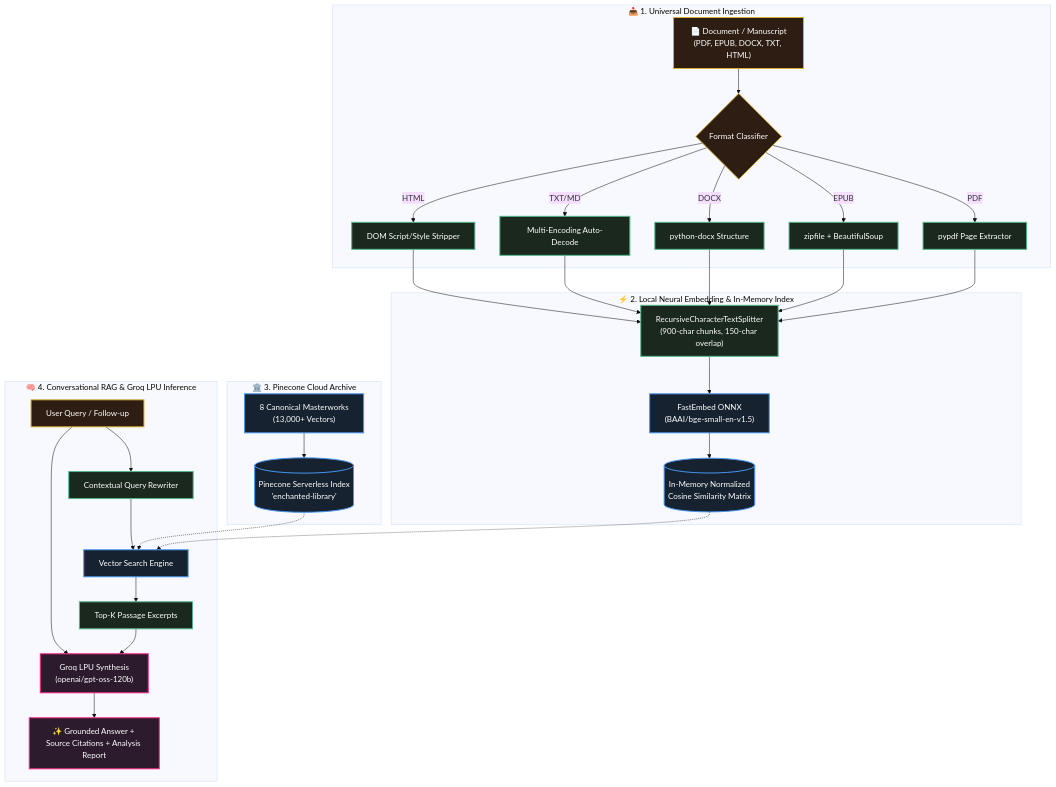
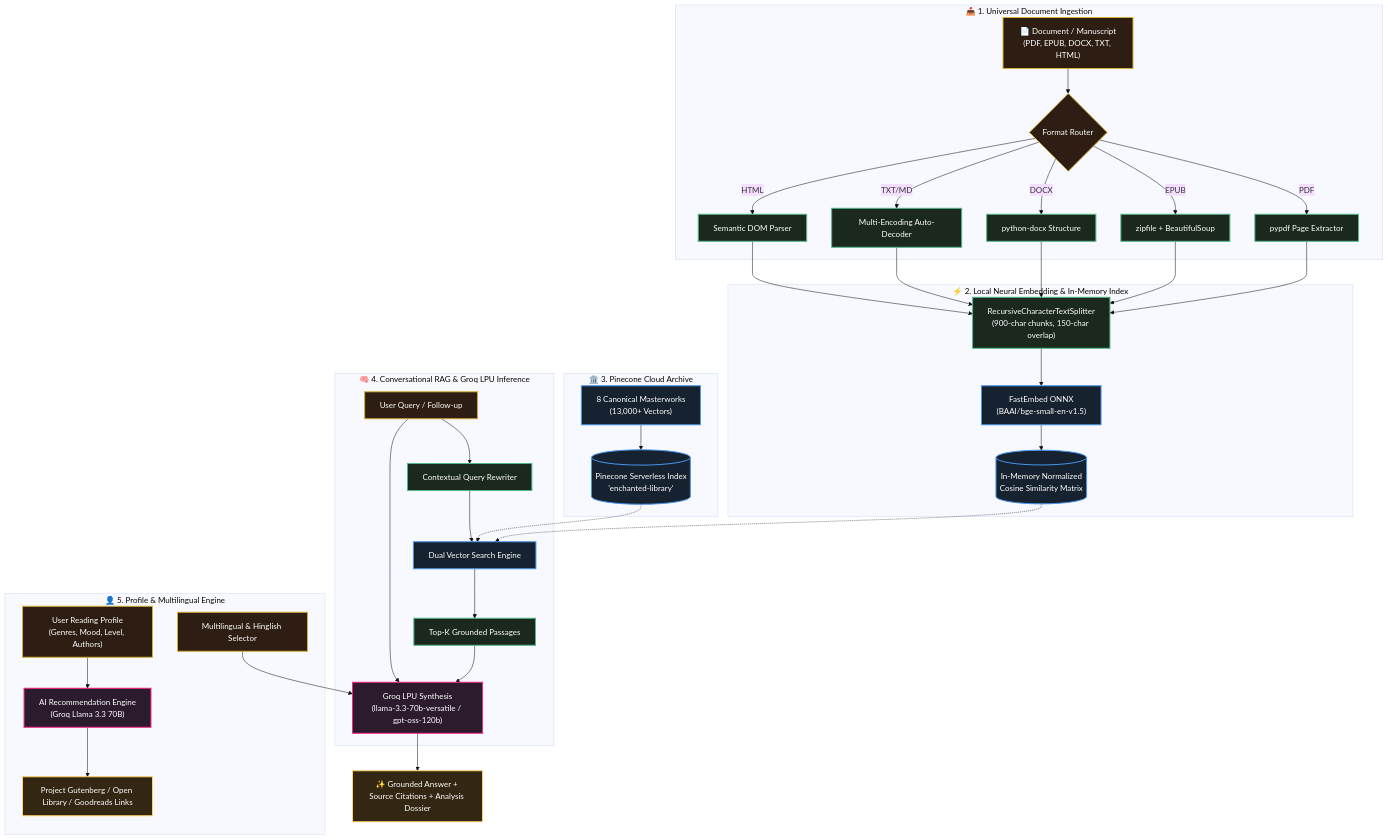
One commit to Aniketyadav29/Book_AI_Chatbot changed the diagram in README.md. Above: the diagram before and after it, drawn with Mermaid (base theme). The commit also changed other lines of this file and 1 other file, not shown here.

Commit message:
feat: overhaul README to document new AI reading profile, multilingual support, and Groq Llama 3.3 70B integration.

````diff
--- a/README.md
+++ b/README.md
@@ -102,37 +150,45 @@
 ```mermaid
 flowchart TD
     %% Styling Configuration
     classDef inputStyle fill:#2d1d12,stroke:#d4af37,stroke-width:2px,color:#fff;
     classDef processStyle fill:#1a281e,stroke:#52b788,stroke-width:2px,color:#fff;
     classDef vectorStyle fill:#16222f,stroke:#4895ef,stroke-width:2px,color:#fff;
-    classDef outputStyle fill:#2c1b2d,stroke:#f72585,stroke-width:2px,color:#fff;
+    classDef llmStyle fill:#2c1b2d,stroke:#f72585,stroke-width:2px,color:#fff;
+    classDef outputStyle fill:#332612,stroke:#ffd166,stroke-width:2px,color:#fff;
 
     subgraph INGESTION ["📥 1. Universal Document Ingestion"]
-        A["📄 Document / Manuscript<br/>(PDF, EPUB, DOCX, TXT, HTML)"]:::inputStyle --> B{"Format Classifier"}:::inputStyle
+        A["📄 Document / Manuscript<br/>(PDF, EPUB, DOCX, TXT, HTML)"]:::inputStyle --> B{"Format Router"}:::inputStyle
         B -->|PDF| C1["pypdf Page Extractor"]:::processStyle
         B -->|EPUB| C2["zipfile + BeautifulSoup"]:::processStyle
         B -->|DOCX| C3["python-docx Structure"]:::processStyle
-        B -->|TXT/MD| C4["Multi-Encoding Auto-Decode"]:::processStyle
-        B -->|HTML| C5["DOM Script/Style Stripper"]:::processStyle
+        B -->|TXT/MD| C4["Multi-Encoding Auto-Decoder"]:::processStyle
+        B -->|HTML| C5["Semantic DOM Parser"]:::processStyle
     end
 
     subgraph VECTOR ["⚡ 2. Local Neural Embedding & In-Memory Index"]
         C1 & C2 & C3 & C4 & C5 --> D["RecursiveCharacterTextSplitter<br/>(900-char chunks, 150-char overlap)"]:::processStyle
         D --> E["FastEmbed ONNX<br/>(BAAI/bge-small-en-v1.5)"]:::vectorStyle
         E --> F[("In-Memory Normalized<br/>Cosine Similarity Matrix")]:::vectorStyle
     end
 
     subgraph ARCHIVE ["🏛️ 3. Pinecone Cloud Archive"]
         Z["8 Canonical Masterworks<br/>(13,000+ Vectors)"]:::vectorStyle --> Y[("Pinecone Serverless Index<br/>'enchanted-library'")]:::vectorStyle
     end
 
     subgraph RAG ["🧠 4. Conversational RAG & Groq LPU Inference"]
         Q["User Query / Follow-up"]:::inputStyle --> R["Contextual Query Rewriter"]:::processStyle
-        R --> S["Vector Search Engine"]:::vectorStyle
+        R --> S["Dual Vector Search Engine"]:::vectorStyle
         F -.-> S
         Y -.-> S
-        S --> T["Top-K Passage Excerpts"]:::processStyle
-        T & Q --> U["Groq LPU Synthesis<br/>(openai/gpt-oss-120b)"]:::outputStyle
-        U --> V["✨ Grounded Answer + Source Citations + Analysis Report"]:::outputStyle
+        S --> T["Top-K Grounded Passages"]:::processStyle
+        T & Q --> U["Groq LPU Synthesis<br/>(llama-3.3-70b-versatile / gpt-oss-120b)"]:::llmStyle
     end
+
+    subgraph PROFILE_I18N ["👤 5. Profile & Multilingual Engine"]
+        P["User Reading Profile<br/>(Genres, Mood, Level, Authors)"]:::inputStyle --> PR["AI Recommendation Engine<br/>(Groq Llama 3.3 70B)"]:::llmStyle
+        PR --> PL["Project Gutenberg / Open Library / Goodreads Links"]:::outputStyle
+        ML["Multilingual & Hinglish Selector"]:::inputStyle --> U
+    end
+
+    U --> V["✨ Grounded Answer + Source Citations + Analysis Dossier"]:::outputStyle
 ```
````
